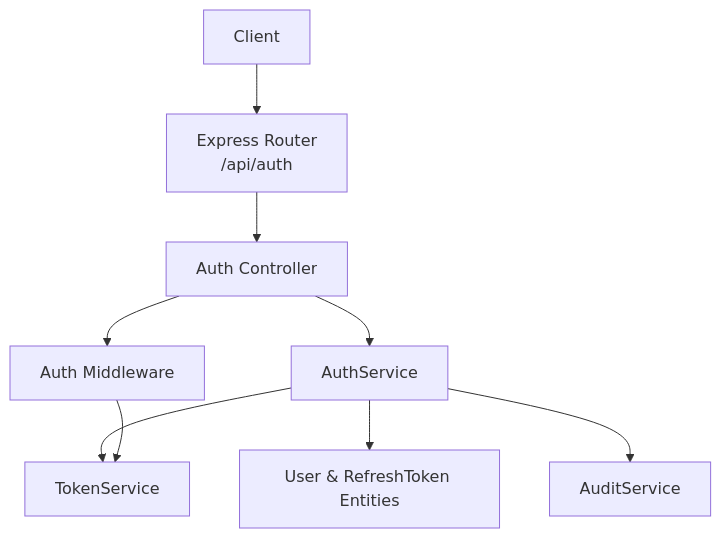
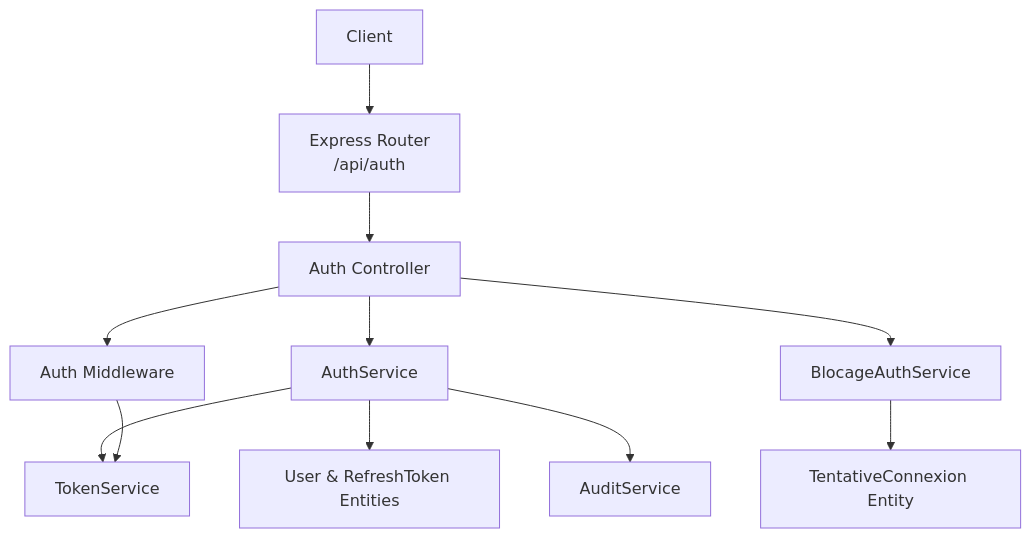
One commit to franckylab/eLISAschool changed the first of 3 diagrams in .qoder/repowiki/en/content/Backend API Documentation/Authentication API.md. Above: the diagram before and after it, drawn with Mermaid. The commit also changed other lines of this file and 66 other files, not shown here.

First line of the commit message:
feat(auth): intégrer système de blocage à deux niveaux et suivi en temps réel

````diff
--- a/.qoder/repowiki/en/content/Backend API Documentation/Authentication API.md
+++ b/.qoder/repowiki/en/content/Backend API Documentation/Authentication API.md
@@ -37,11 +47,13 @@
 ```mermaid
 graph TB
 Client["Client"] --> Router["Express Router<br/>/api/auth"]
 Router --> Controller["Auth Controller"]
 Controller --> Service["AuthService"]
+Controller --> BlocageService["BlocageAuthService"]
 Service --> TokenService["TokenService"]
 Service --> Entities["User & RefreshToken Entities"]
+BlocageService --> TentativeConnexion["TentativeConnexion Entity"]
 Controller --> Middleware["Auth Middleware"]
 Middleware --> TokenService
 Service --> Audit["AuditService"]
 ```
````
